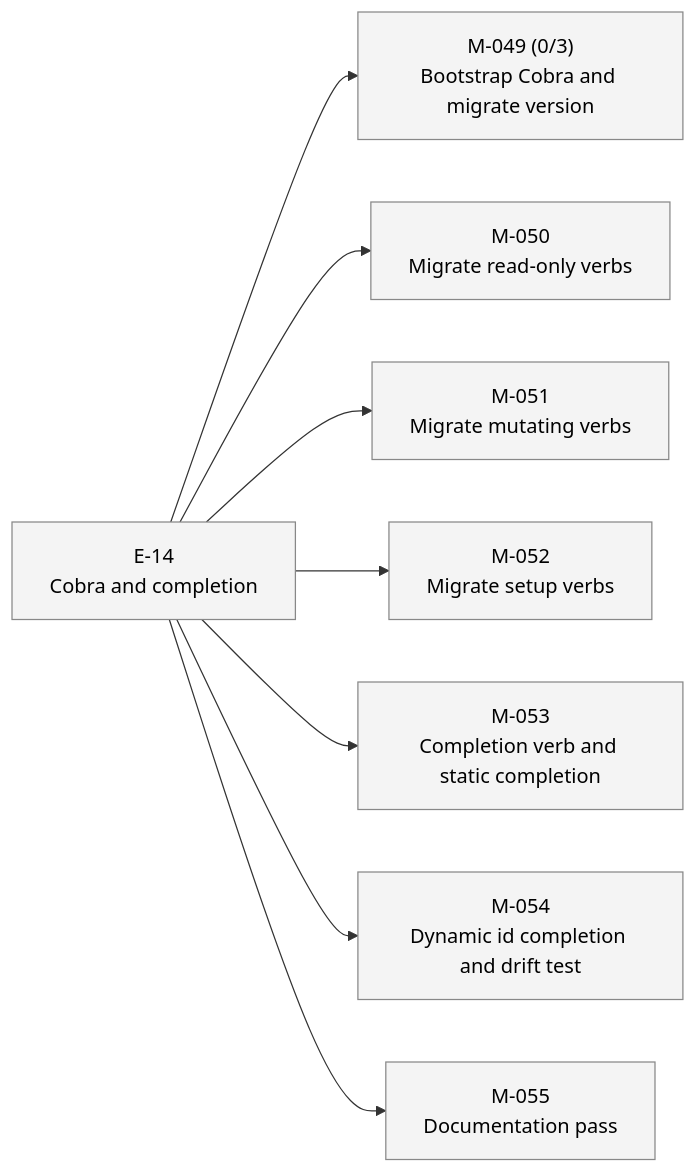
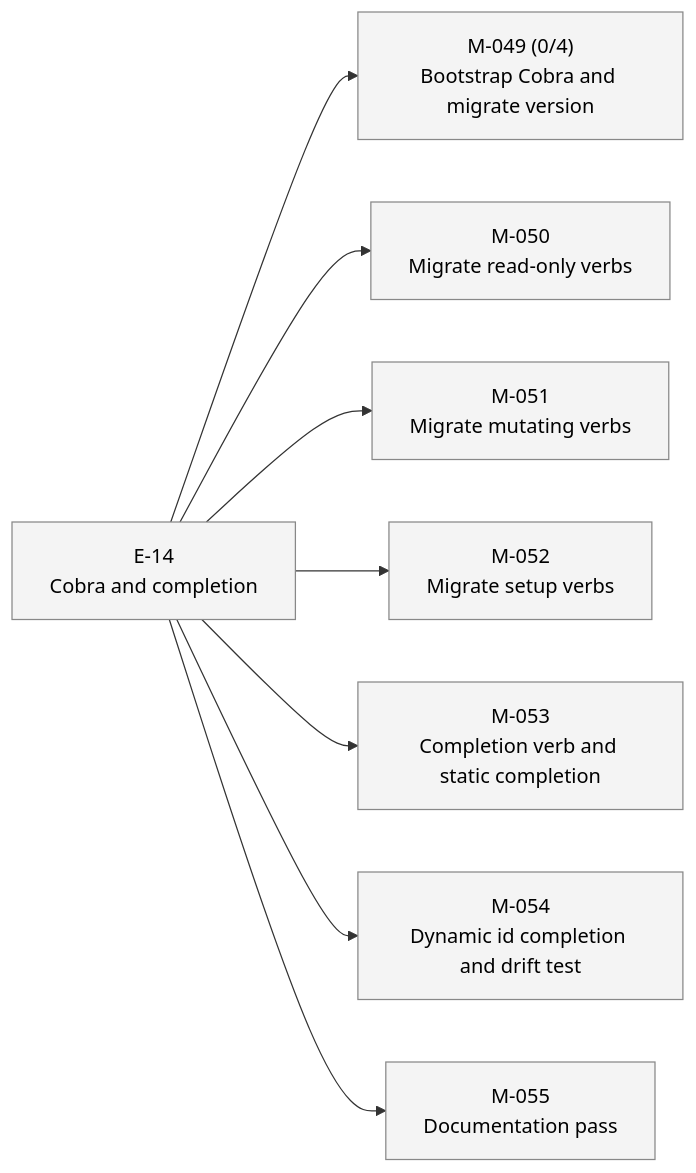
Before and after one commit to 23min/aiwf: the second of 2 diagrams in STATUS.md, drawn with Mermaid. The commit also changed other lines of this file and 1 other file, not shown here.

First line of the commit message:
aiwf add ac M-049/AC-4 "Exit codes 0/1/2/3 preserved end-to-end through Cobra dispatch"

````diff
--- a/STATUS.md
+++ b/STATUS.md
@@ -38,24 +38,24 @@
 ```mermaid
 flowchart LR
   E_14["E-14<br/>Cobra and completion"]:::epic_proposed
-  M_049["M-049 (0/3)<br/>Bootstrap Cobra and migrate version"]:::ms_draft
+  M_049["M-049 (0/4)<br/>Bootstrap Cobra and migrate version"]:::ms_draft
   E_14 --> M_049
   M_050["M-050<br/>Migrate read-only verbs"]:::ms_draft
   E_14 --> M_050
   M_051["M-051<br/>Migrate mutating verbs"]:::ms_draft
   E_14 --> M_051
   M_052["M-052<br/>Migrate setup verbs"]:::ms_draft
   E_14 --> M_052
   M_053["M-053<br/>Completion verb and static completion"]:::ms_draft
   E_14 --> M_053
   M_054["M-054<br/>Dynamic id completion and drift test"]:::ms_draft
   E_14 --> M_054
   M_055["M-055<br/>Documentation pass"]:::ms_draft
   E_14 --> M_055
   classDef epic_active fill:#d6eaff,stroke:#1a73e8,color:#000
   classDef epic_proposed fill:#f4f4f4,stroke:#888,color:#000
   classDef ms_done fill:#d8f5d8,stroke:#2a8a2a,color:#000
   classDef ms_in_progress fill:#fff3c4,stroke:#caa400,color:#000
   classDef ms_draft fill:#f4f4f4,stroke:#888,color:#000
   classDef ms_cancelled fill:#fbeaea,stroke:#c33,color:#000
 ```
````
